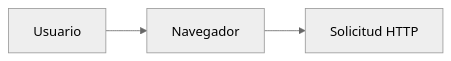
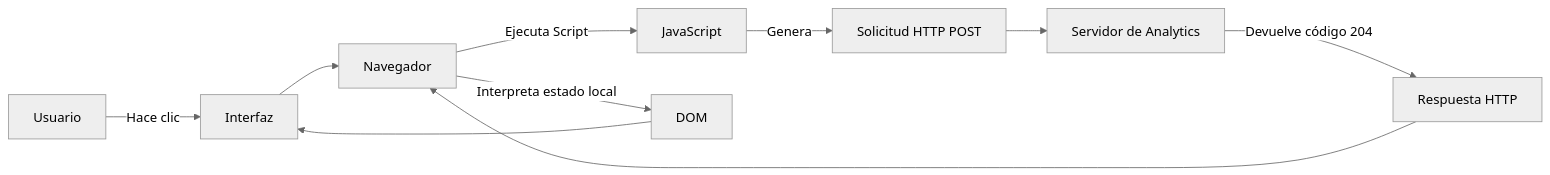
Before and after one commit to Jos3GS/Aplicaciones-y-Servicios-WEB: the fifth of 5 diagrams in Clase 3/README.md, drawn with Mermaid (neutral theme). The commit also changed other lines of this file, not shown here.

````diff
--- a/Clase 3/README.md
+++ b/Clase 3/README.md
@@ -302,5 +302,12 @@
 ``` mermaid
 flowchart LR
-    A[Usuario] --> B[Navegador]
-    B --> C[Solicitud HTTP]
+    U[Usuario] -->|Hace clic| I[Interfaz]
+    I --> N[Navegador]
+    N -->|Ejecuta Script| J[JavaScript]
+    J -->|Genera| SH[Solicitud HTTP POST]
+    SH --> S[Servidor de Analytics]
+    S -->|Devuelve código 204| RH[Respuesta HTTP]
+    RH --> N
+    N -->|Interpreta estado local| D[DOM]
+    D --> I
 ```
````
